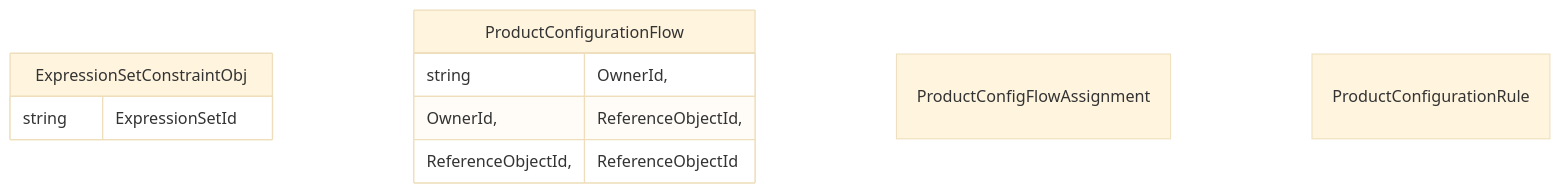
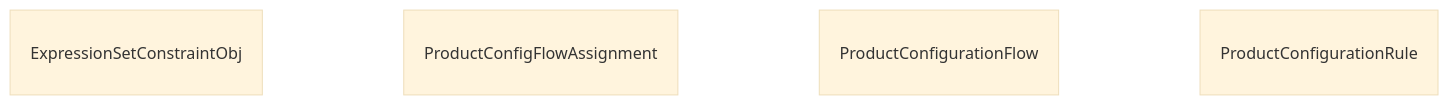
The diagram in docs/erds/configurator.mermaid (bgaldino/rlm-base-dev), drawn with Mermaid (base theme) before and after one commit. The commit also changed 17 other files, not shown here.

First line of the commit message:
feat(erds): interactive ERD viewer with data quality cleanup and tooling

```diff
--- a/docs/erds/configurator.mermaid
+++ b/docs/erds/configurator.mermaid
@@ -1,5 +1,5 @@
 erDiagram
-    ExpressionSetConstraintObj { string ExpressionSetId }
-    ProductConfigurationFlow { string OwnerId, OwnerId, ReferenceObjectId, ReferenceObjectId, ReferenceObjectId }
+    ExpressionSetConstraintObj
     ProductConfigFlowAssignment
+    ProductConfigurationFlow
     ProductConfigurationRule
```
